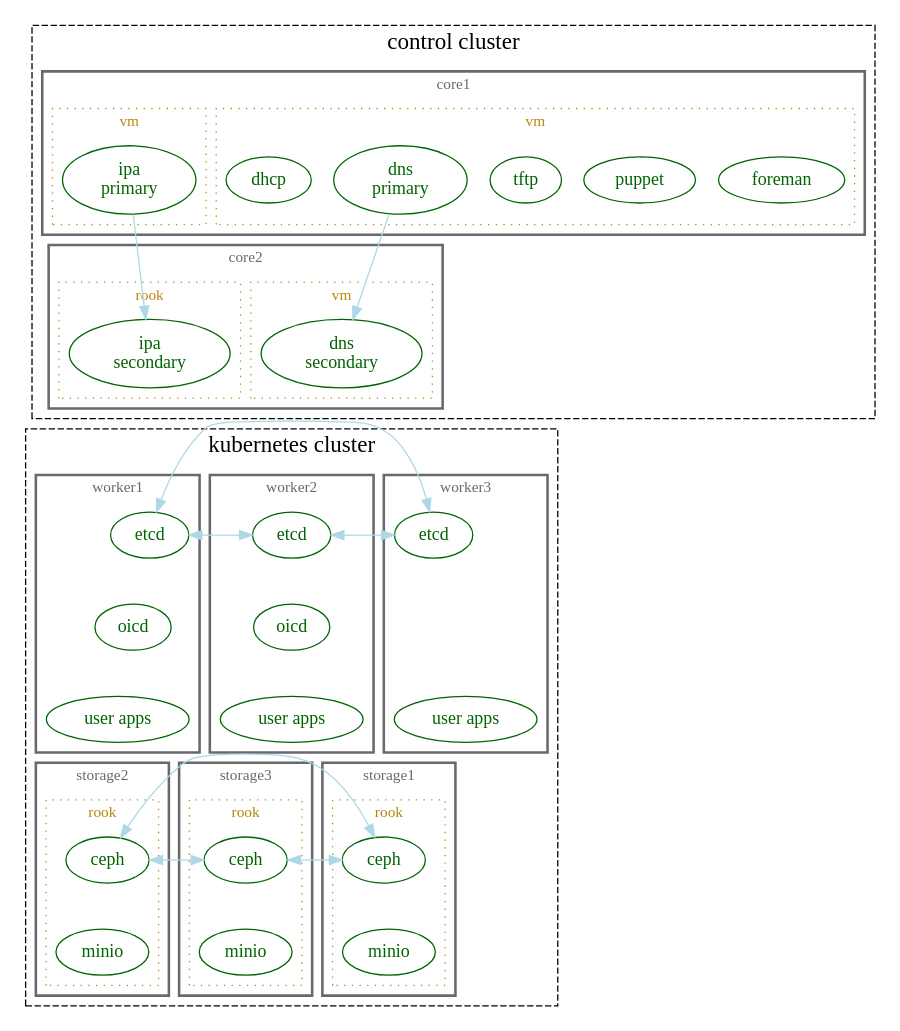
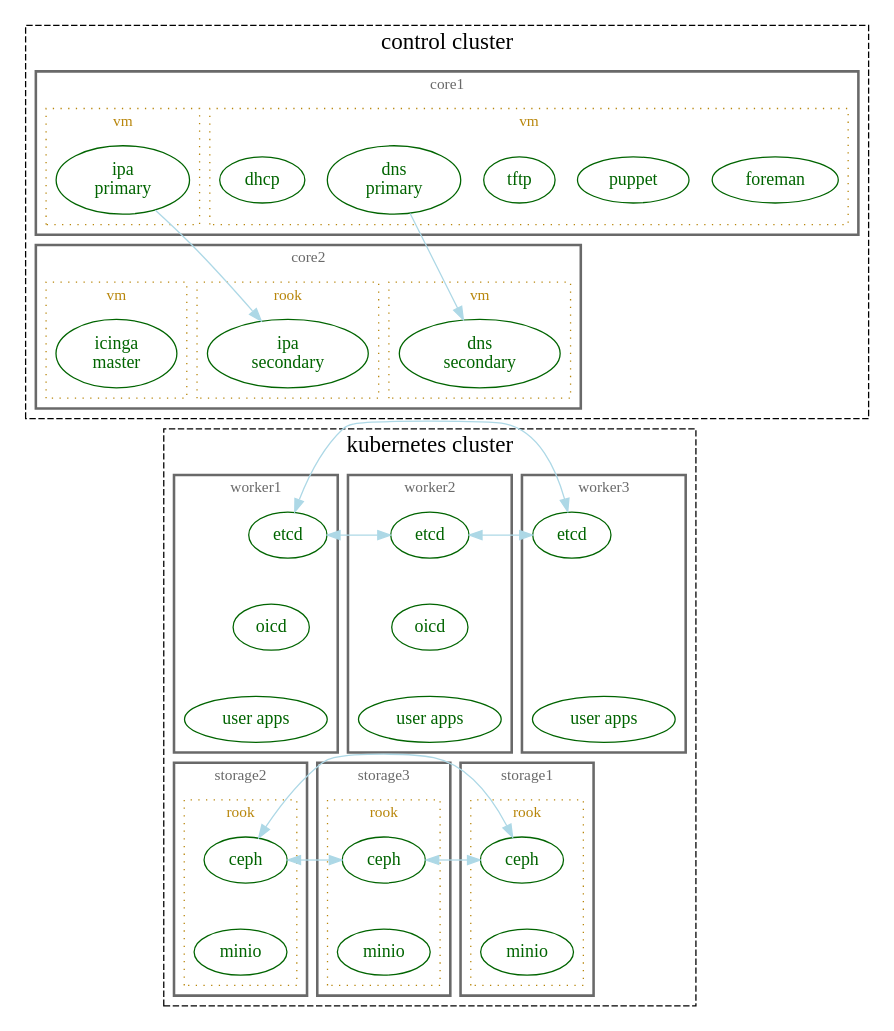
The diagram in _static/seed_cluster.dot (LSST-IT/ittn-002), drawn with Graphviz before and after one commit. The commit also changed 1 other file, not shown here.

Commit message:
add icinga master vm

```diff
--- a/_static/seed_cluster.dot
+++ b/_static/seed_cluster.dot
@@ -17,6 +17,7 @@
     dhcp1 [label="dhcp"]
     ipa1 [label="ipa\nprimary"]
     ipa2 [label="ipa\nsecondary"]
+    icingamaster [label="icinga\nmaster"]
     app1 [label="user apps"]
     app2 [label="user apps"]
     app3 [label="user apps"]
@@ -91,6 +92,7 @@
         rank=same
         dns2
         ipa2
+        icingamaster
       }
 
       subgraph cluster_15 {
@@ -111,6 +113,16 @@
         style=dotted
 
         ipa2
+      }
+
+      subgraph cluster_13 {
+        label="vm"
+        color=darkgoldenrod
+        fontcolor=darkgoldenrod
+        fontsize=12
+        style=dotted
+
+        icingamaster
       }
     }
 
```
